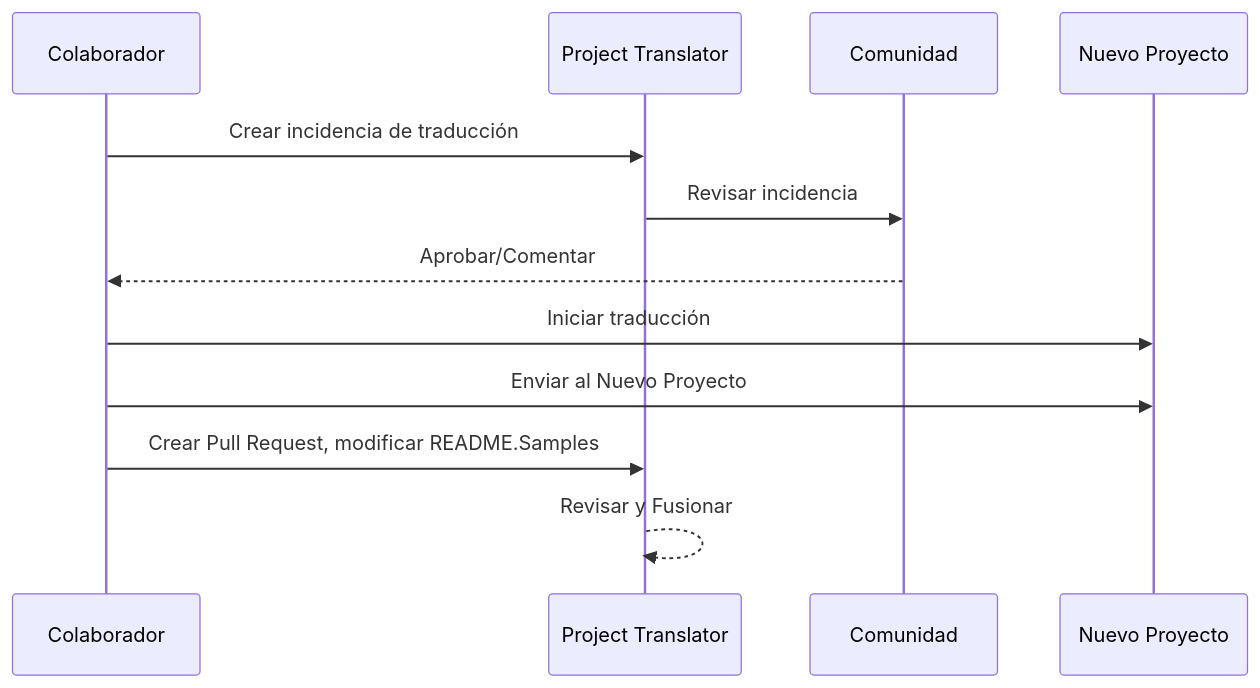
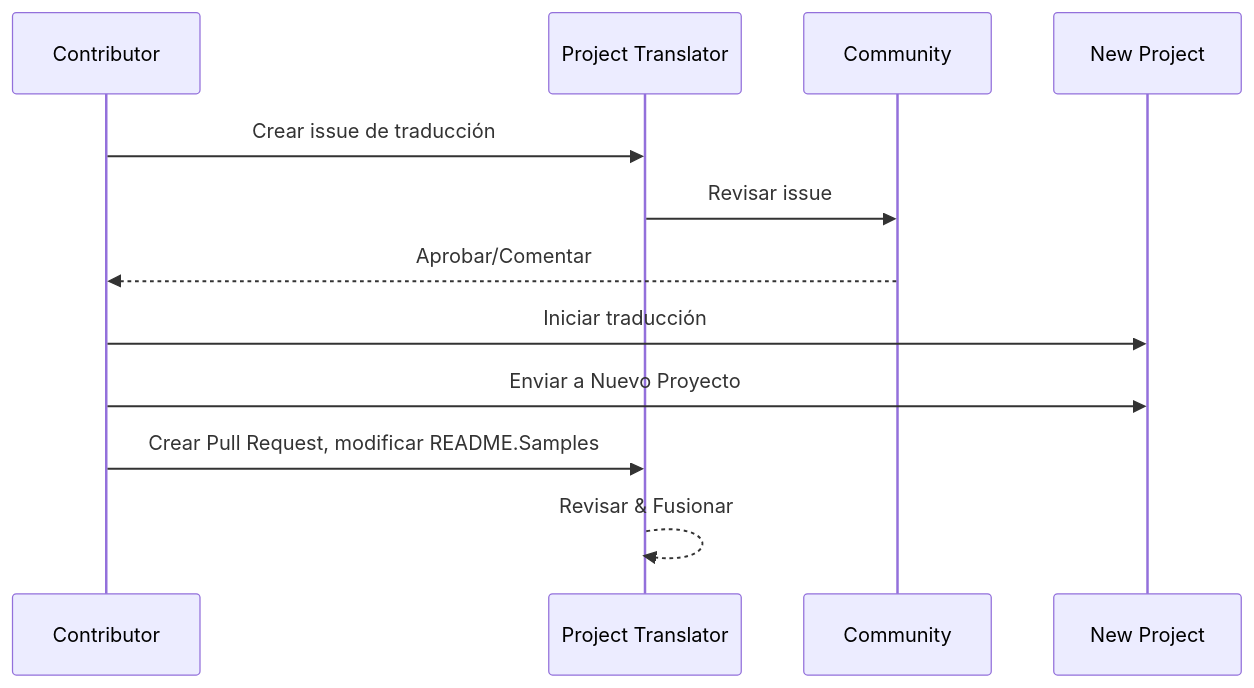
Before and after one commit to Project-Translation/project_translator: the diagram in readmes/README.es-es.md, drawn with Mermaid. The commit also changed other lines of this file and 52 other files, not shown here.

````diff
--- a/readmes/README.es-es.md
+++ b/readmes/README.es-es.md
@@ -56,10 +63,10 @@
 ```mermaid
 sequenceDiagram
-  Colaborador->>Project Translator: Crear incidencia de traducción
-  Project Translator->>Comunidad: Revisar incidencia
-  Comunidad-->>Colaborador: Aprobar/Comentar
-  Colaborador->>Nuevo Proyecto: Iniciar traducción
-  Colaborador->>Nuevo Proyecto: Enviar al Nuevo Proyecto
-  Colaborador->>Project Translator: Crear Pull Request, modificar README.Samples
-  Project Translator-->>Project Translator: Revisar y Fusionar
+  Contributor->>Project Translator: Crear issue de traducción
+  Project Translator->>Community: Revisar issue
+  Community-->>Contributor: Aprobar/Comentar
+  Contributor->>New Project: Iniciar traducción
+  Contributor->>New Project: Enviar a Nuevo Proyecto
+  Contributor->>Project Translator: Crear Pull Request, modificar README.Samples
+  Project Translator-->>Project Translator: Revisar & Fusionar
 ```
````
